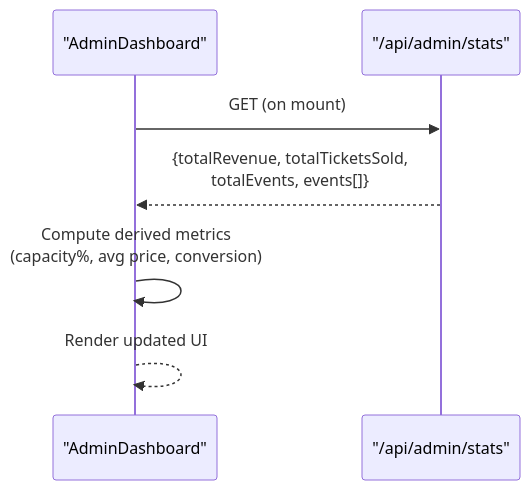
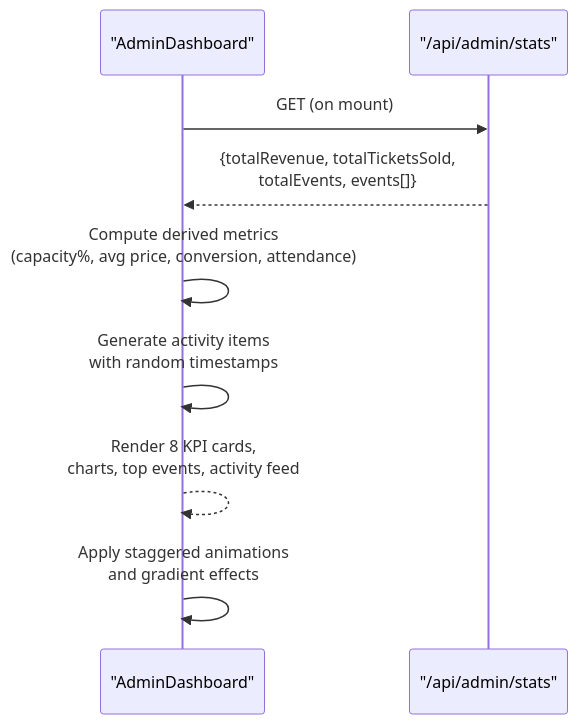
One commit to ObeyMuchechesi/TicketFlow changed the tenth of 11 diagrams in .qoder/repowiki/en/content/Admin Dashboard/Dashboard Overview.md. Above: the diagram before and after it, drawn with Mermaid. The commit also changed other lines of this file and 12 other files, not shown here.

First line of the commit message:
docs: EcoCash schema columns and project documentation refresh

````diff
--- a/.qoder/repowiki/en/content/Admin Dashboard/Dashboard Overview.md
+++ b/.qoder/repowiki/en/content/Admin Dashboard/Dashboard Overview.md
@@ -295,9 +349,11 @@
 ```mermaid
 sequenceDiagram
 participant Page as "AdminDashboard"
 participant API as "/api/admin/stats"
 Page->>API : GET (on mount)
 API-->>Page : {totalRevenue, totalTicketsSold,<br/>totalEvents, events[]}
-Page->>Page : Compute derived metrics<br/>(capacity%, avg price, conversion)
-Page-->>Page : Render updated UI
+Page->>Page : Compute derived metrics<br/>(capacity%, avg price, conversion, attendance)
+Page->>Page : Generate activity items<br/>with random timestamps
+Page-->>Page : Render 8 KPI cards,<br/>charts, top events, activity feed
+Page->>Page : Apply staggered animations<br/>and gradient effects
 ```
````
